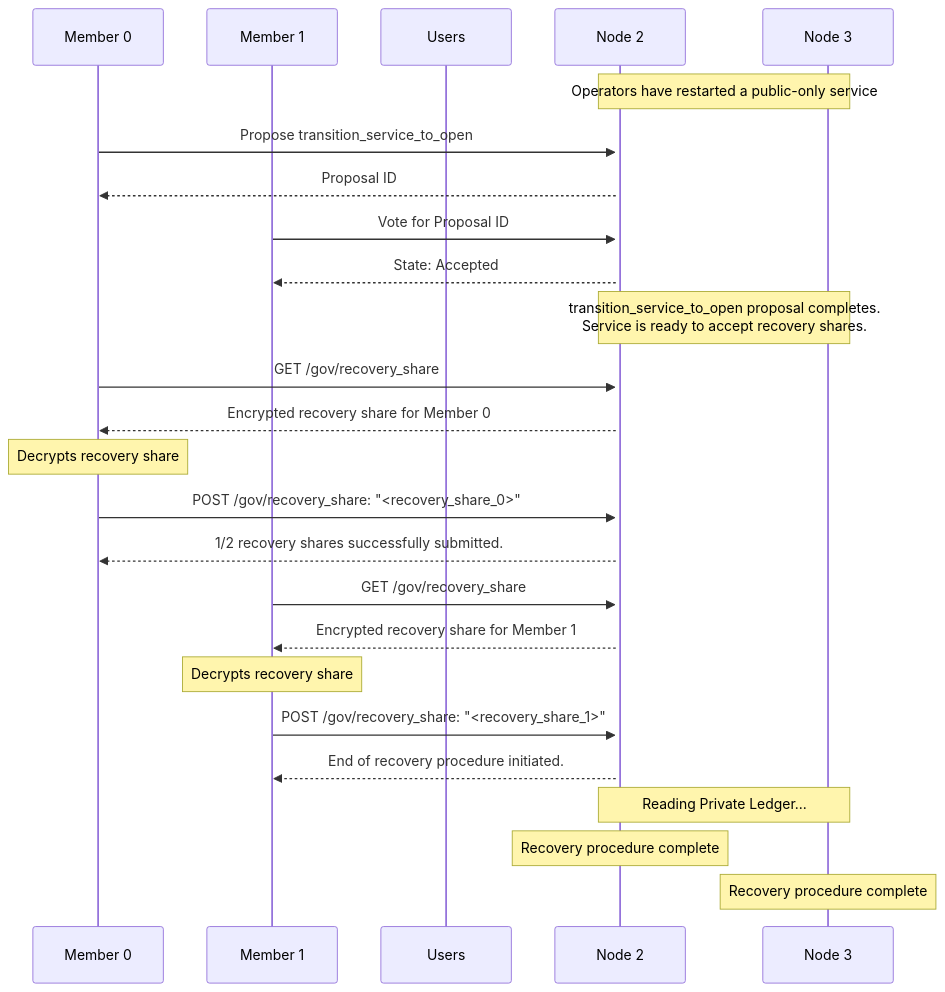
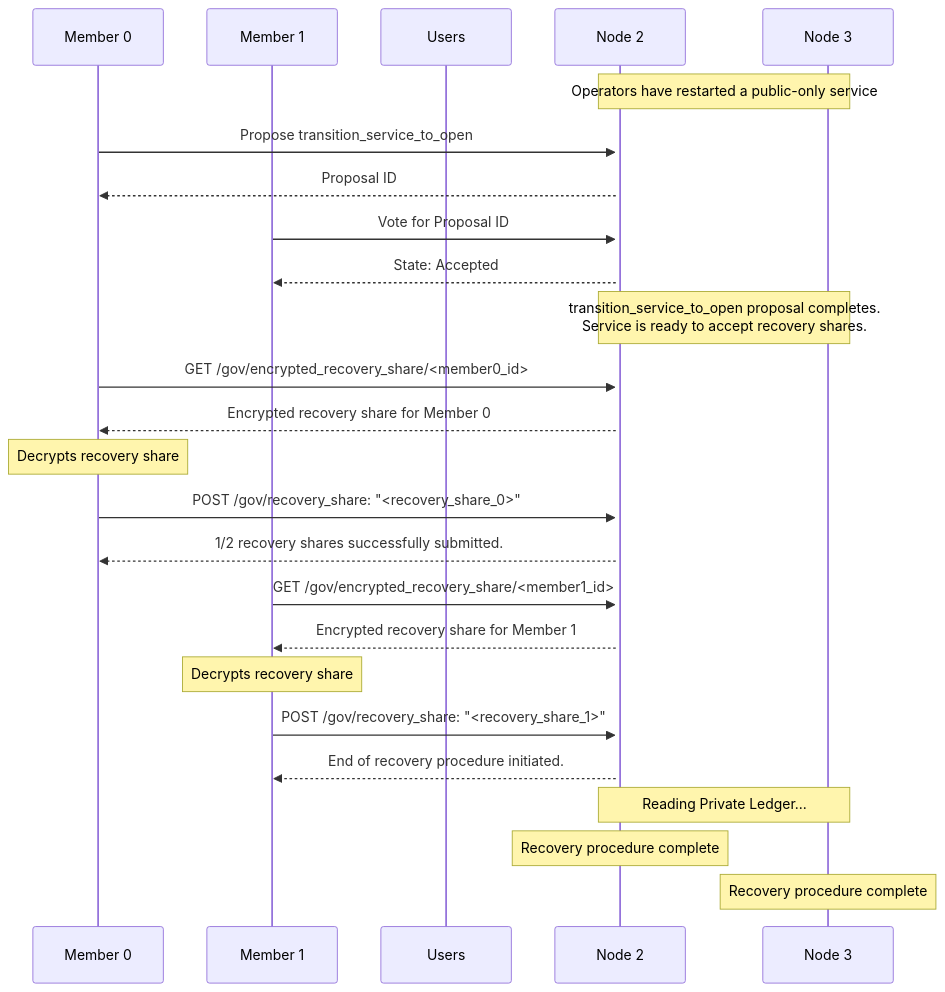
The diagram in doc/governance/accept_recovery.rst (microsoft/CCF), drawn with Mermaid before and after one commit. The commit also changed other lines of this file and 1 other file, not shown here.

```diff
--- a/doc/governance/accept_recovery.rst
+++ b/doc/governance/accept_recovery.rst
@@ -129,33 +129,33 @@
 .. mermaid::
 
     sequenceDiagram
         participant Member 0
         participant Member 1
         participant Users
         participant Node 2
         participant Node 3
 
         Note over Node 2, Node 3: Operators have restarted a public-only service
 
         Member 0->>+Node 2: Propose transition_service_to_open
         Node 2-->>Member 0: Proposal ID
         Member 1->>+Node 2: Vote for Proposal ID
         Node 2-->>Member 1: State: Accepted
         Note over Node 2, Node 3: transition_service_to_open proposal completes. <br> Service is ready to accept recovery shares.
 
-        Member 0->>+Node 2: GET /gov/recovery_share
+        Member 0->>+Node 2: GET /gov/encrypted_recovery_share/<member0_id>
         Node 2-->>Member 0: Encrypted recovery share for Member 0
         Note over Member 0: Decrypts recovery share
         Member 0->>+Node 2: POST /gov/recovery_share: "<recovery_share_0>"
         Node 2-->>Member 0: 1/2 recovery shares successfully submitted.
 
-        Member 1->>+Node 2: GET /gov/recovery_share
+        Member 1->>+Node 2: GET /gov/encrypted_recovery_share/<member1_id>
         Node 2-->>Member 1: Encrypted recovery share for Member 1
         Note over Member 1: Decrypts recovery share
         Member 1->>+Node 2: POST /gov/recovery_share: "<recovery_share_1>"
         Node 2-->>Member 1: End of recovery procedure initiated.
 
         Note over Node 2, Node 3: Reading Private Ledger...
 
         Note over Node 2: Recovery procedure complete
         Note over Node 3: Recovery procedure complete
```
